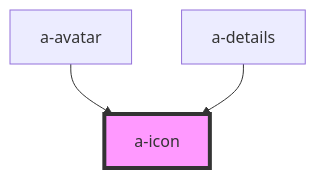
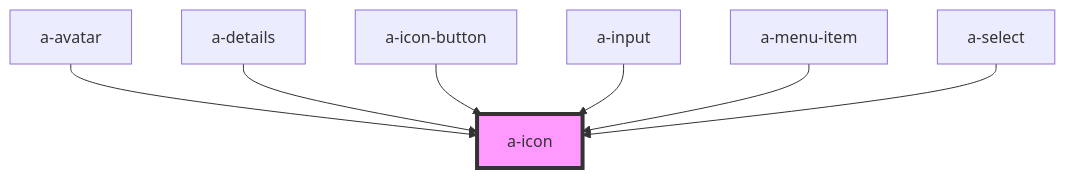
The diagram in libs/webcomponents/src/components/icon/readme.md (arnat-technologies/sdk), drawn with Mermaid before and after one commit. The commit also changed other lines of this file and 242 other files, not shown here.

````diff
--- a/libs/webcomponents/src/components/icon/readme.md
+++ b/libs/webcomponents/src/components/icon/readme.md
@@ -40,6 +44,10 @@
 ```mermaid
 graph TD;
   a-avatar --> a-icon
   a-details --> a-icon
+  a-icon-button --> a-icon
+  a-input --> a-icon
+  a-menu-item --> a-icon
+  a-select --> a-icon
   style a-icon fill:#f9f,stroke:#333,stroke-width:4px
 ```
````
